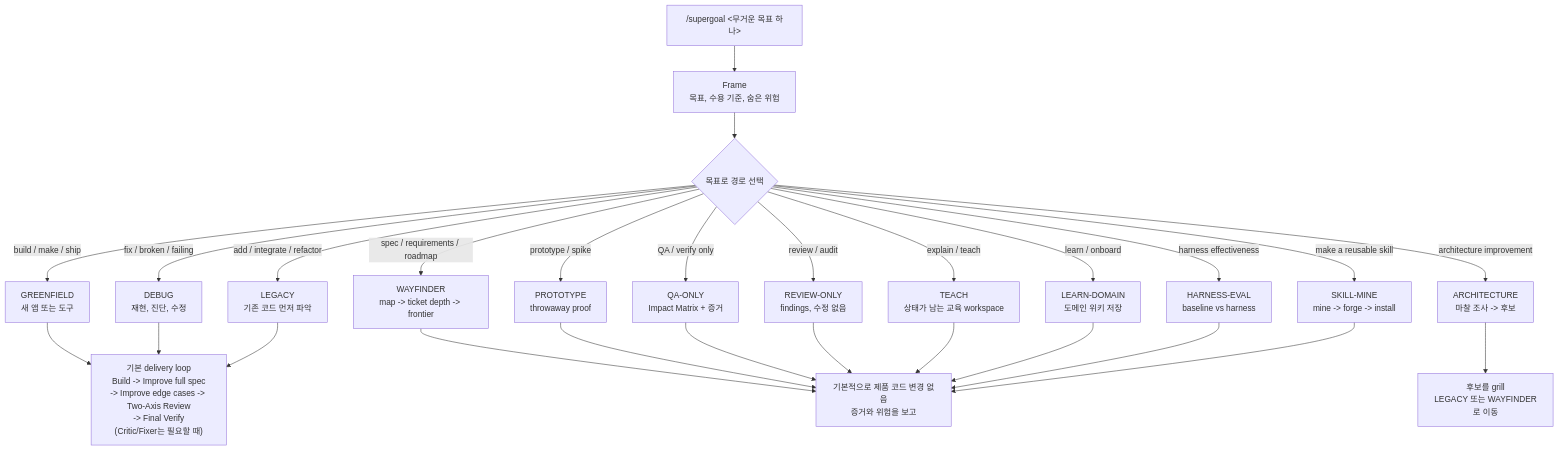
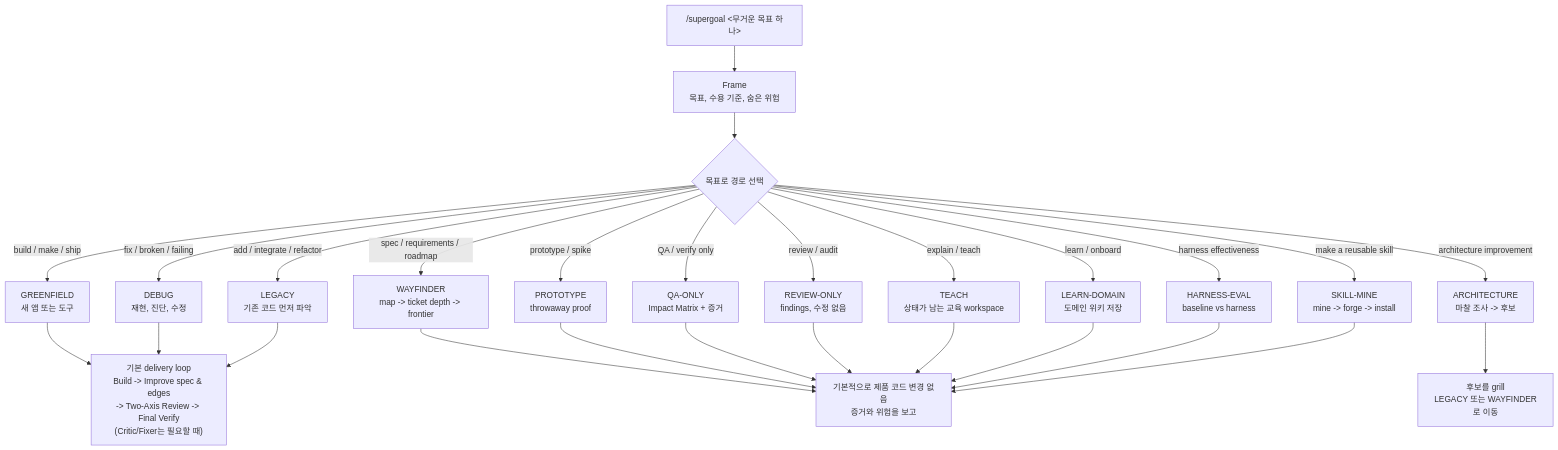
Before and after one commit to cskwork/supergoal-skill: the diagram in README.ko.md, drawn with Mermaid. The commit also changed other lines of this file and 15 other files, not shown here.

Commit message:
refactor: merge improve spec and edge checks

````diff
--- a/README.ko.md
+++ b/README.ko.md
@@ -69,33 +69,33 @@
 ```mermaid
 flowchart TD
     A["/supergoal <무거운 목표 하나>"] --> B["Frame<br/>목표, 수용 기준, 숨은 위험"]
     B --> C{"목표로 경로 선택"}
 
     C -->|"build / make / ship"| GREENFIELD["GREENFIELD<br/>새 앱 또는 도구"]
     C -->|"fix / broken / failing"| DEBUG["DEBUG<br/>재현, 진단, 수정"]
     C -->|"add / integrate / refactor"| LEGACY["LEGACY<br/>기존 코드 먼저 파악"]
     C -->|"spec / requirements / roadmap"| WAYFINDER["WAYFINDER<br/>map -> ticket depth -> frontier"]
     C -->|"prototype / spike"| PROTOTYPE["PROTOTYPE<br/>throwaway proof"]
     C -->|"QA / verify only"| QAONLY["QA-ONLY<br/>Impact Matrix + 증거"]
     C -->|"review / audit"| REVIEW["REVIEW-ONLY<br/>findings, 수정 없음"]
     C -->|"architecture improvement"| ARCHITECTURE["ARCHITECTURE<br/>마찰 조사 -> 후보"]
     C -->|"explain / teach"| TEACH["TEACH<br/>상태가 남는 교육 workspace"]
     C -->|"learn / onboard"| LEARN["LEARN-DOMAIN<br/>도메인 위키 저장"]
     C -->|"harness effectiveness"| HARNESS["HARNESS-EVAL<br/>baseline vs harness"]
     C -->|"make a reusable skill"| SKILLMINE["SKILL-MINE<br/>mine -> forge -> install"]
 
-    GREENFIELD --> LOOP["기본 delivery loop<br/>Build -> Improve full spec<br/>-> Improve edge cases -> Two-Axis Review<br/>-> Final Verify<br/>(Critic/Fixer는 필요할 때)"]
+    GREENFIELD --> LOOP["기본 delivery loop<br/>Build -> Improve spec & edges<br/>-> Two-Axis Review -> Final Verify<br/>(Critic/Fixer는 필요할 때)"]
     DEBUG --> LOOP
     LEGACY --> LOOP
 
     WAYFINDER --> REPORT
     PROTOTYPE --> REPORT
     ARCHITECTURE --> PICK["후보를 grill<br/>LEGACY 또는 WAYFINDER로 이동"]
 
     QAONLY --> REPORT["기본적으로 제품 코드 변경 없음<br/>증거와 위험을 보고"]
     REVIEW --> REPORT
     TEACH --> REPORT
     LEARN --> REPORT
     HARNESS --> REPORT
     SKILLMINE --> REPORT
 ```
````
